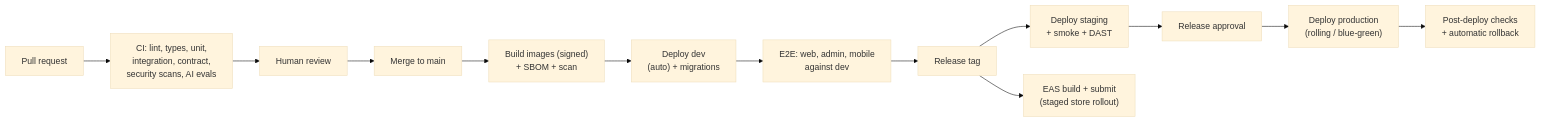
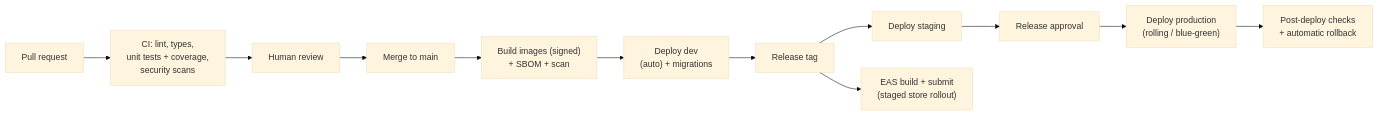
One commit to saidul-islam-rajib/CareerPilot changed the second of 2 diagrams in Planning/Design/13-Infrastructure-and-Operations.md. Above: the diagram before and after it, drawn with Mermaid (base theme). The commit also changed 7 other files, not shown here.

Commit message:
Align design docs to unit tests

````diff
--- a/Planning/Design/13-Infrastructure-and-Operations.md
+++ b/Planning/Design/13-Infrastructure-and-Operations.md
@@ -97,15 +97,14 @@
 ```mermaid
 flowchart LR
-  pr["Pull request"] --> ci["CI: lint, types, unit,<br/>integration, contract,<br/>security scans, AI evals"]
+  pr["Pull request"] --> ci["CI: lint, types,<br/>unit tests + coverage,<br/>security scans"]
   ci --> review["Human review"]
   review --> main["Merge to main"]
   main --> build["Build images (signed)<br/>+ SBOM + scan"]
   build --> dev["Deploy dev<br/>(auto) + migrations"]
-  dev --> e2e["E2E: web, admin, mobile<br/>against dev"]
-  e2e --> tag["Release tag"]
-  tag --> stg["Deploy staging<br/>+ smoke + DAST"]
+  dev --> tag["Release tag"]
+  tag --> stg["Deploy staging"]
   stg --> approve["Release approval"]
   approve --> prod["Deploy production<br/>(rolling / blue-green)"]
   prod --> verify["Post-deploy checks<br/>+ automatic rollback"]
   tag --> eas["EAS build + submit<br/>(staged store rollout)"]
 ```
````
